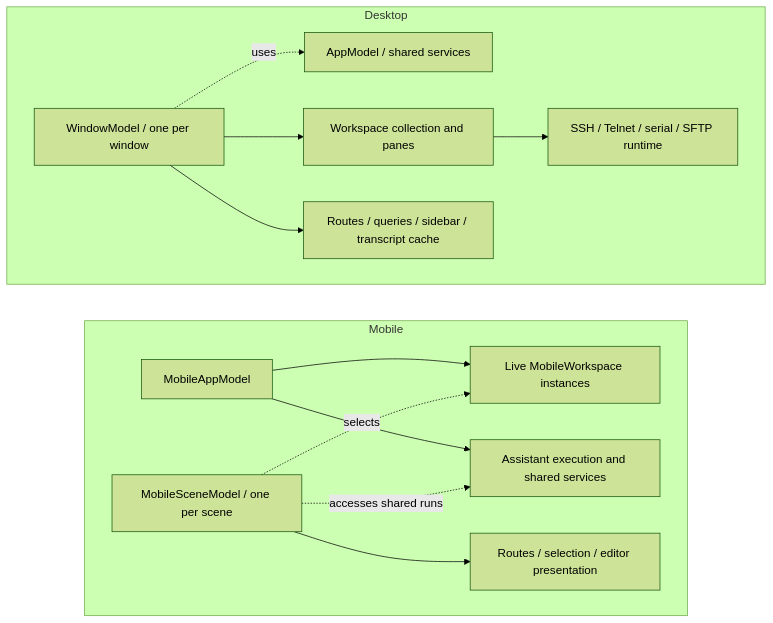
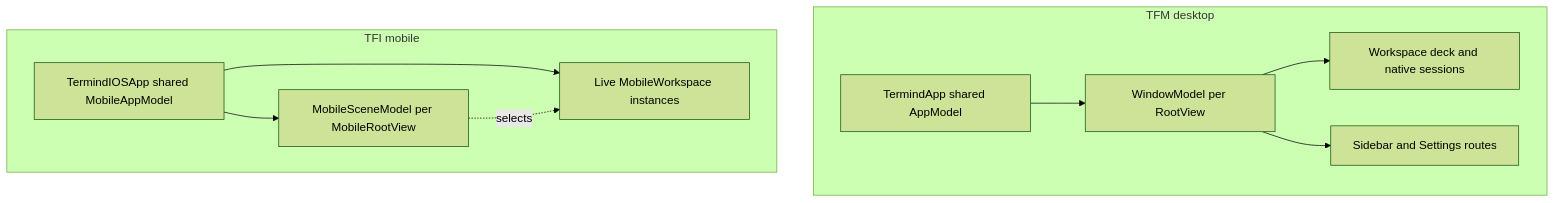
Before and after one commit to AkinoKaede/Termind: the first of 2 diagrams in openwiki/architecture/native-app-directories.md, drawn with Mermaid (forest theme). The commit also changed other lines of this file and 49 other files, not shown here.

````diff
--- a/openwiki/architecture/native-app-directories.md
+++ b/openwiki/architecture/native-app-directories.md
@@ -291,18 +137,13 @@
 ```mermaid
 flowchart TB
-    subgraph desktop["Desktop"]
-        MacApp["AppModel / shared services"]
-        Window["WindowModel / one per window"] --> Deck["Workspace collection and panes"]
-        Deck --> Sessions["SSH / Telnet / serial / SFTP runtime"]
-        Window --> LocalUI["Routes / queries / sidebar / transcript cache"]
-        Window -.->|uses| MacApp
+    subgraph Mac["TFM desktop"]
+        DesktopApp["TermindApp shared AppModel"] --> Window["WindowModel per RootView"]
+        Window --> Deck["Workspace deck and native sessions"]
+        Window --> Sidebar["Sidebar and Settings routes"]
     end
-    subgraph mobile["Mobile"]
-        MobileApp["MobileAppModel"] --> Workspaces["Live MobileWorkspace instances"]
-        MobileApp --> Runs["Assistant execution and shared services"]
-        Scene["MobileSceneModel / one per scene"] --> Routes["Routes / selection / editor presentation"]
-        Scene -.->|selects| Workspaces
-        Scene -.->|accesses shared runs| Runs
+    subgraph IOS["TFI mobile"]
+        IOSApp["TermindIOSApp shared MobileAppModel"] --> Runtimes["Live MobileWorkspace instances"]
+        IOSApp --> Scene["MobileSceneModel per MobileRootView"]
+        Scene -.->|selects| Runtimes
     end
-    desktop ~~~ mobile
 ```
````
